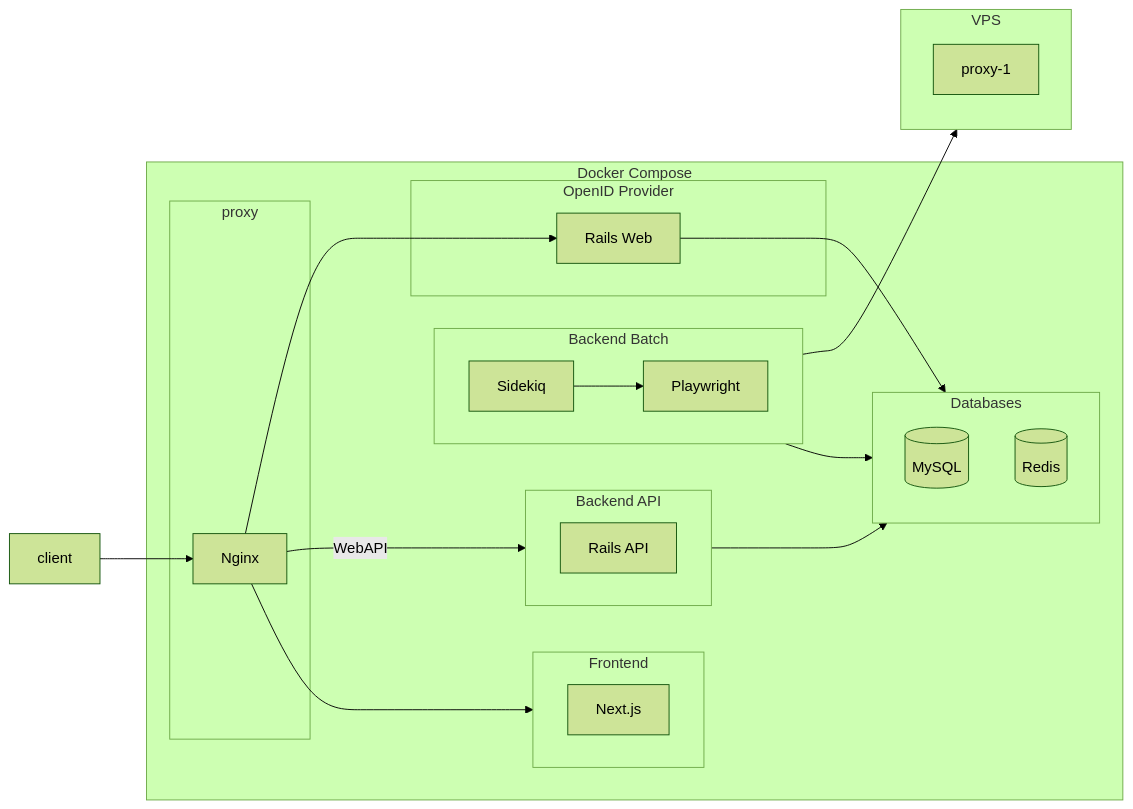
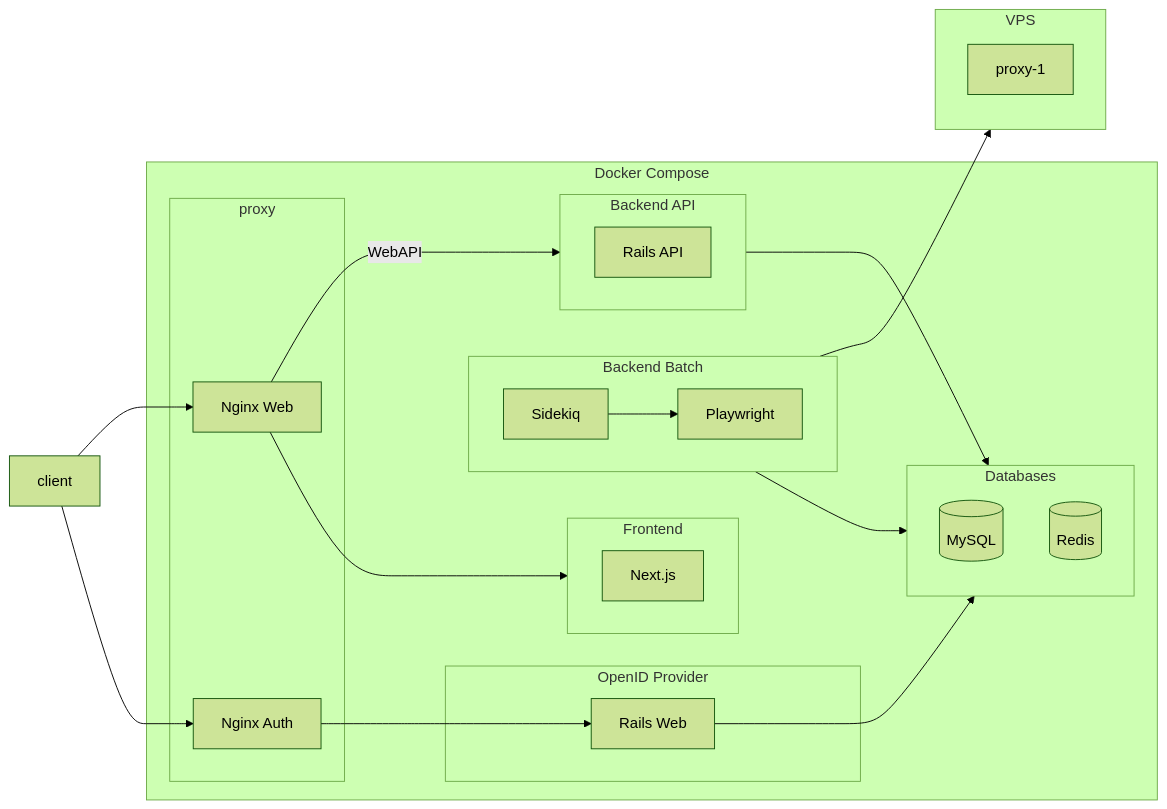
Before and after one commit to kuroweb/price-monitoring: the first of 12 diagrams in README.md, drawn with Mermaid (forest theme). The commit also changed other lines of this file, not shown here.

````diff
--- a/README.md
+++ b/README.md
@@ -33,48 +33,49 @@
   ```mermaid
   flowchart LR
   subgraph Docker Compose
     subgraph proxy
-      nginx[Nginx]
+      nginx_web[Nginx Web]
+      nginx_auth[Nginx Auth]
     end
 
     subgraph Frontend
       direction LR
 
       Next.js
     end
 
     subgraph Backend API
       direction LR
 
       rails[Rails API]
     end
 
     subgraph Backend Batch
       direction LR
 
       sidekiq[Sidekiq]
       playwright[Playwright]
     end
 
     subgraph OpenID Provider
       rails_auth[Rails Web]
     end
 
     subgraph Databases
       mysql[(MySQL)]
       redis[(Redis)]
     end
   end
 
   subgraph VPS
     proxy-1
   end
 
-  client-->nginx-->Next.js
-  nginx--WebAPI-->rails
-  nginx-->rails_auth
+  client-->nginx_web-->Next.js
+  client-->nginx_auth-->rails_auth
+  nginx_web--WebAPI-->rails
   sidekiq-->playwright-->VPS
   rails-->Databases
   rails_auth-->Databases
   sidekiq-->Databases
   ```
````
